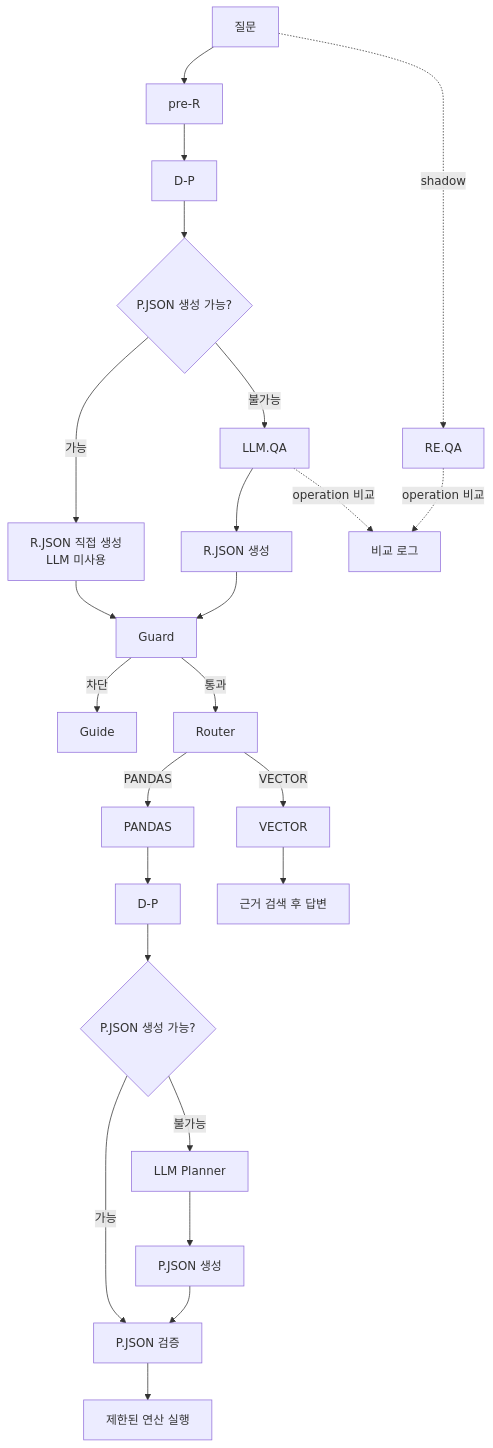
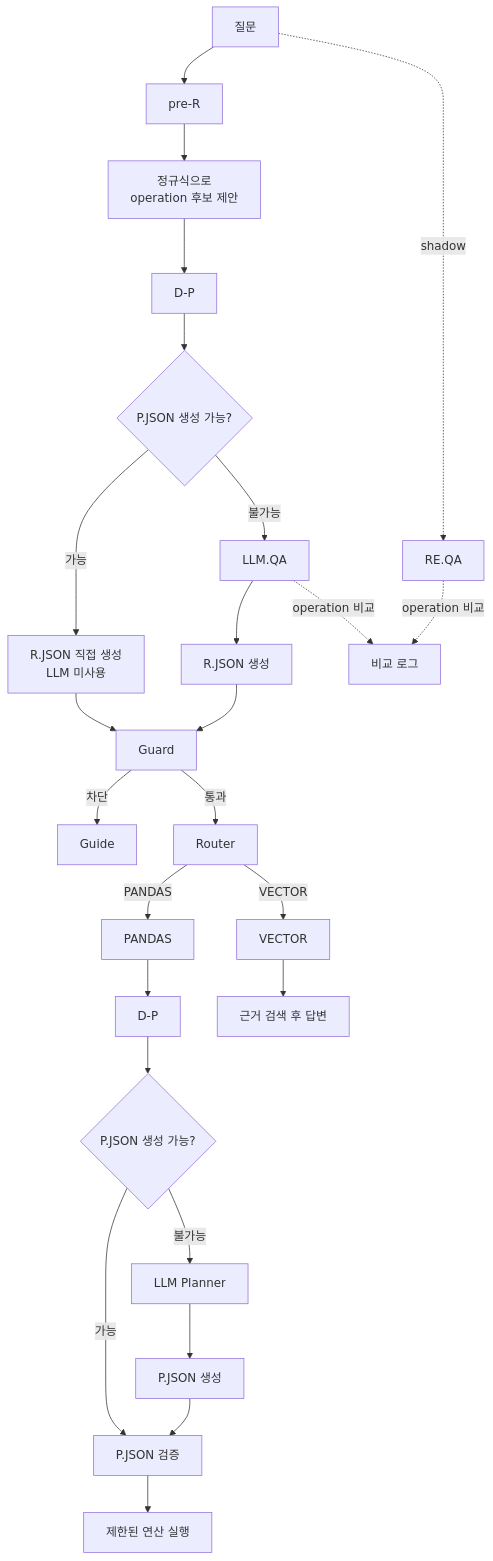
One commit to knu-2026-summer-main-enhancement/finance-doc-agent changed diagram 12 of 15 in README.md. Above: the diagram before and after it, drawn with Mermaid. The commit also changed other lines of this file, not shown here.

````diff
--- a/README.md
+++ b/README.md
@@ -439,32 +490,33 @@
 ```mermaid
 flowchart TD
     Q[질문] --> PR[pre-R]
-    PR --> DP[D-P]
+    PR --> OP[정규식으로<br/>operation 후보 제안]
+    OP --> DP[D-P]
     DP --> C{P.JSON 생성 가능?}
 
     C -->|가능| RD[R.JSON 직접 생성<br/>LLM 미사용]
     C -->|불가능| LQ[LLM.QA]
     LQ --> RL[R.JSON 생성]
 
     RD --> G[Guard]
     RL --> G
     G -->|차단| GD[Guide]
     G -->|통과| R[Router]
 
     R -->|PANDAS| P[PANDAS]
     R -->|VECTOR| V[VECTOR]
 
     P --> DP2[D-P]
     DP2 --> C2{P.JSON 생성 가능?}
     C2 -->|가능| PV[P.JSON 검증]
     C2 -->|불가능| LP[LLM Planner]
     LP --> PG[P.JSON 생성]
     PG --> PV
     PV --> EX[제한된 연산 실행]
 
     V --> VS[근거 검색 후 답변]
 
     Q -. shadow .-> RE[RE.QA]
     RE -. operation 비교 .-> LOG[비교 로그]
     LQ -. operation 비교 .-> LOG
 ```
````
